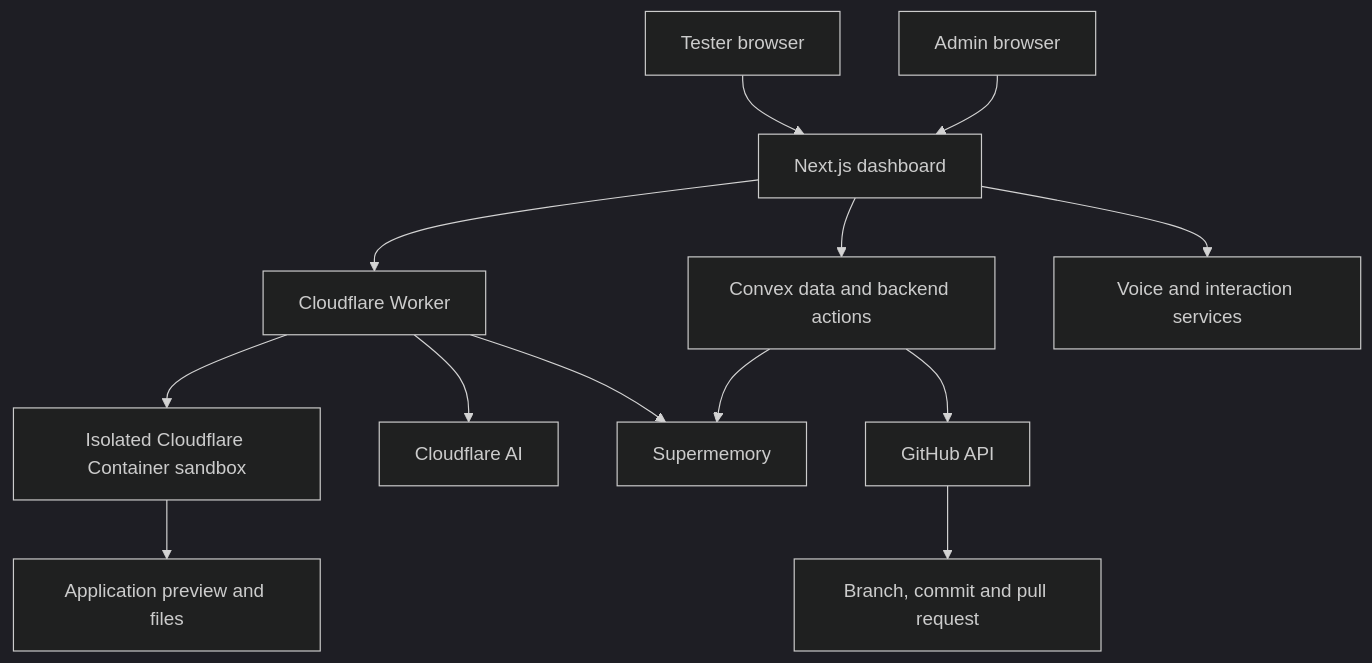
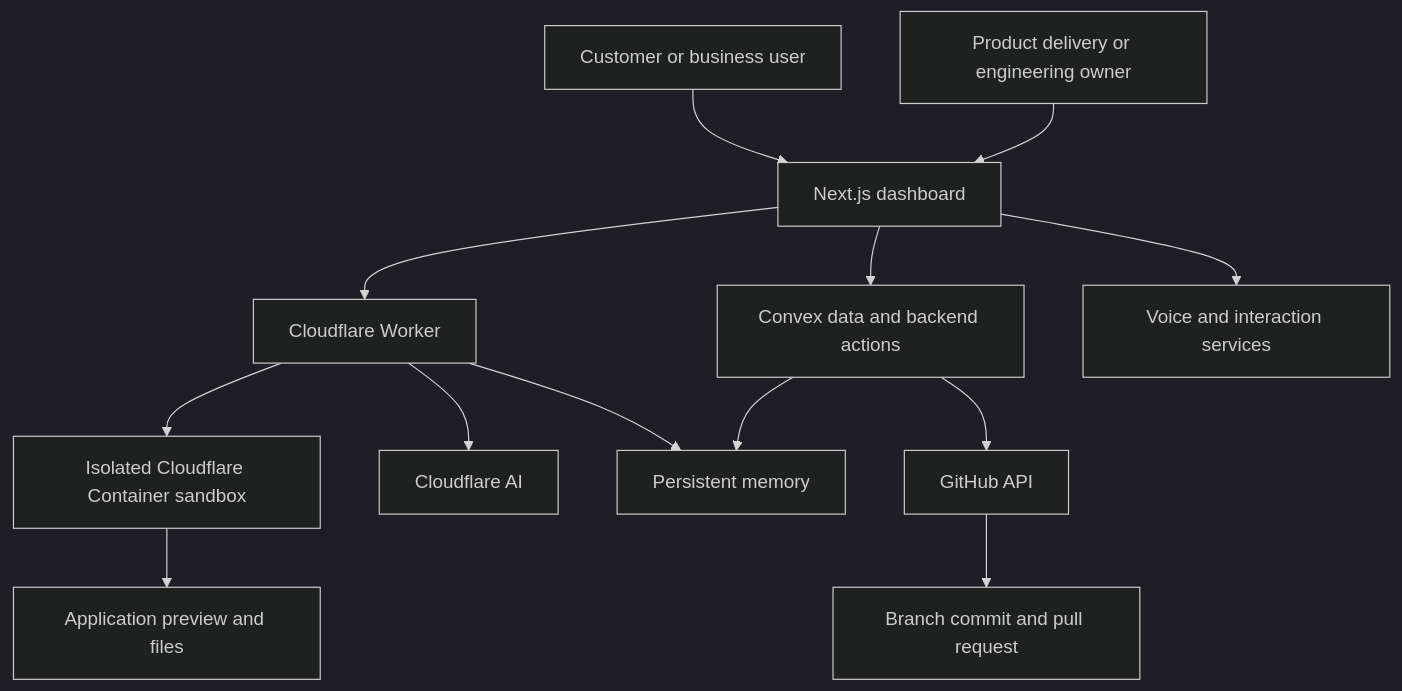
Before and after one commit to amitvikram/FDE-Toolkit: the second of 2 diagrams in README.md, drawn with Mermaid (dark theme). The commit also changed other lines of this file and 4 other files, not shown here.

````diff
--- a/README.md
+++ b/README.md
@@ -66,15 +128,15 @@
 ```mermaid
 flowchart TB
-    U[Tester browser] --> N[Next.js dashboard]
-    A[Admin browser] --> N
+    U[Customer or business user] --> N[Next.js dashboard]
+    A[Product delivery or engineering owner] --> N
     N --> C[Convex data and backend actions]
     N --> W[Cloudflare Worker]
     W --> S[Isolated Cloudflare Container sandbox]
     W --> AI[Cloudflare AI]
-    W --> M[Supermemory]
+    W --> M[Persistent memory]
     N --> V[Voice and interaction services]
     C --> G[GitHub API]
     C --> M
     S --> P[Application preview and files]
-    G --> R[Branch, commit and pull request]
+    G --> R[Branch commit and pull request]
 ```
````
